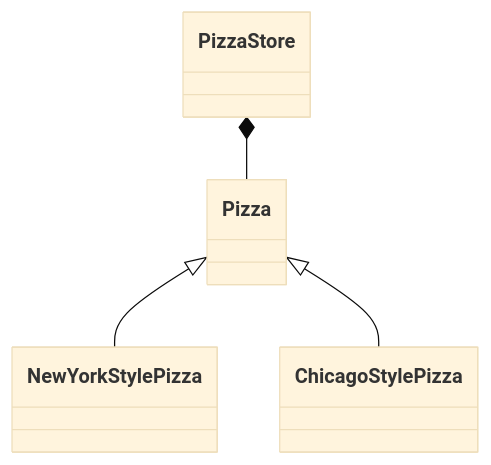
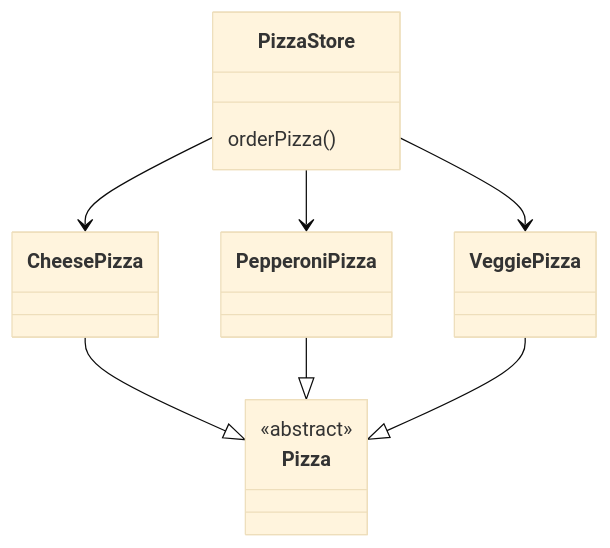
The first of 2 diagrams in src/main/designpatterns/factorymethod/README.md (joonas-yoon/design-patterns-java), drawn with Mermaid (base theme) before and after one commit. The commit also changed other lines of this file, not shown here.

````diff
--- a/src/main/designpatterns/factorymethod/README.md
+++ b/src/main/designpatterns/factorymethod/README.md
@@ -20,10 +68,13 @@
 ```mermaid
 classDiagram
-    class Pizza
-    class PizzaStore
-    class NewYorkStylePizza
-    class ChicagoStylePizza
-    Pizza <|-- NewYorkStylePizza
-    Pizza <|-- ChicagoStylePizza
-    PizzaStore *-- Pizza
+    class PizzaStore {
+        orderPizza()
+    }
+    PizzaStore --> CheesePizza
+    PizzaStore --> PepperoniPizza
+    PizzaStore --> VeggiePizza
+    CheesePizza --|> Pizza
+    PepperoniPizza --|> Pizza
+    VeggiePizza --|> Pizza
+    <<abstract>> Pizza
 ```
````
